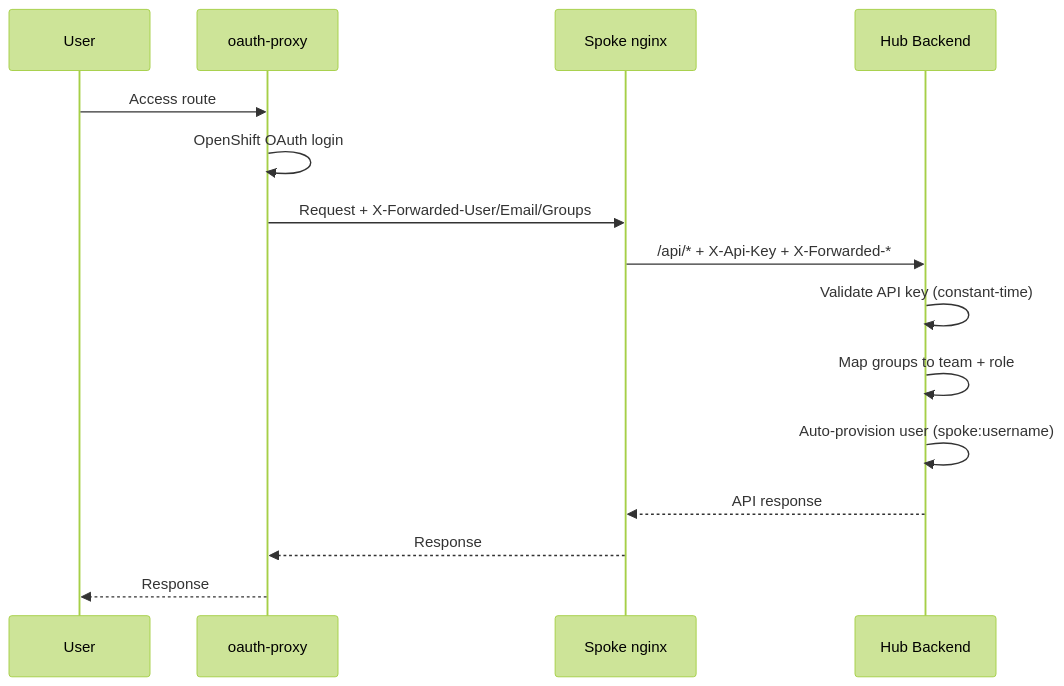
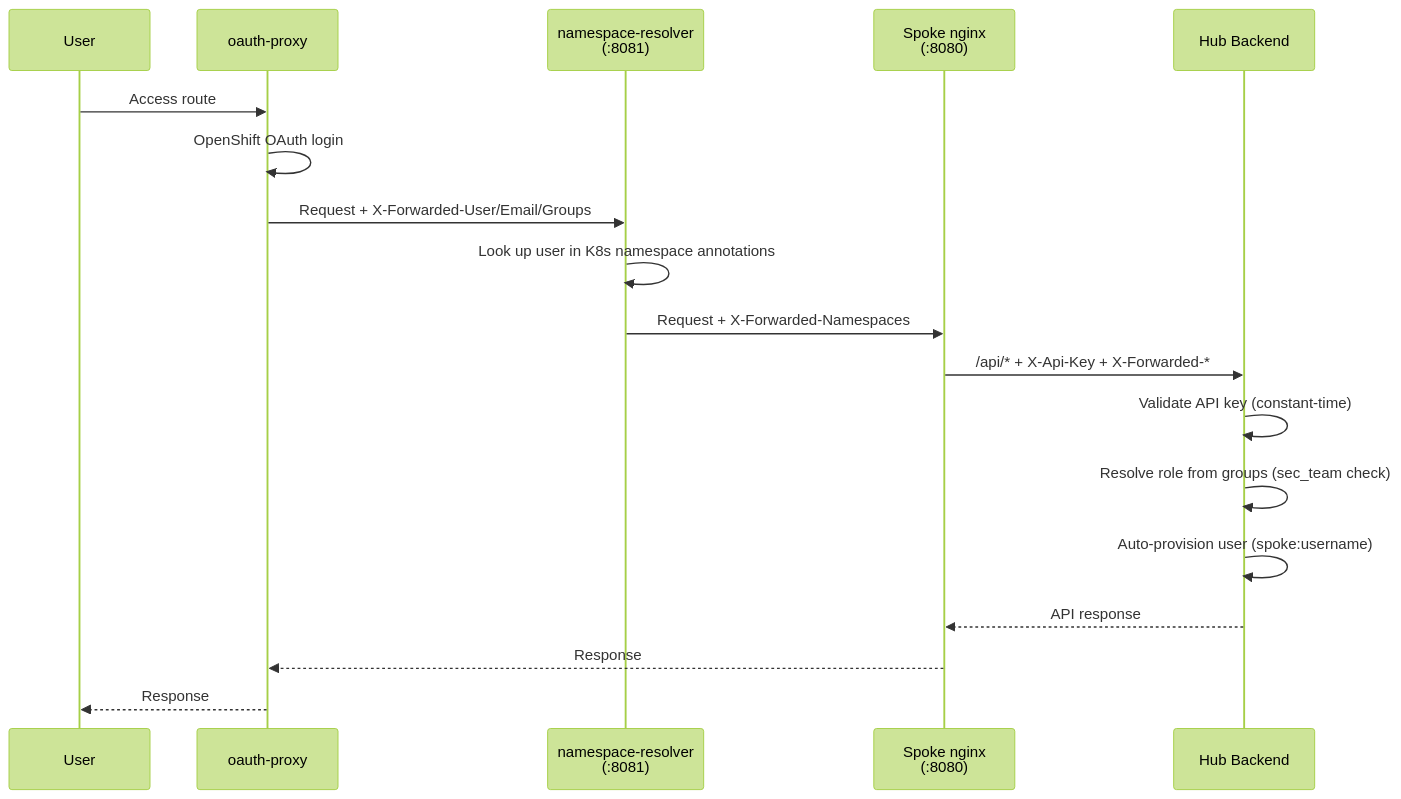
One commit to dadav/rhacs-manager changed the fourth of 4 diagrams in docs/architecture.md. Above: the diagram before and after it, drawn with Mermaid (forest theme). The commit also changed other lines of this file and 11 other files, not shown here.

````diff
--- a/docs/architecture.md
+++ b/docs/architecture.md
@@ -129,18 +132,21 @@
 ```mermaid
 sequenceDiagram
     participant User
     participant OAuth as oauth-proxy
-    participant Nginx as Spoke nginx
+    participant NR as namespace-resolver<br/>(:8081)
+    participant Nginx as Spoke nginx<br/>(:8080)
     participant Hub as Hub Backend
 
     User->>OAuth: Access route
     OAuth->>OAuth: OpenShift OAuth login
-    OAuth->>Nginx: Request + X-Forwarded-User/Email/Groups
+    OAuth->>NR: Request + X-Forwarded-User/Email/Groups
+    NR->>NR: Look up user in K8s namespace annotations
+    NR->>Nginx: Request + X-Forwarded-Namespaces
     Nginx->>Hub: /api/* + X-Api-Key + X-Forwarded-*
     Hub->>Hub: Validate API key (constant-time)
-    Hub->>Hub: Map groups to team + role
+    Hub->>Hub: Resolve role from groups (sec_team check)
     Hub->>Hub: Auto-provision user (spoke:username)
     Hub-->>Nginx: API response
     Nginx-->>OAuth: Response
     OAuth-->>User: Response
 ```
````
